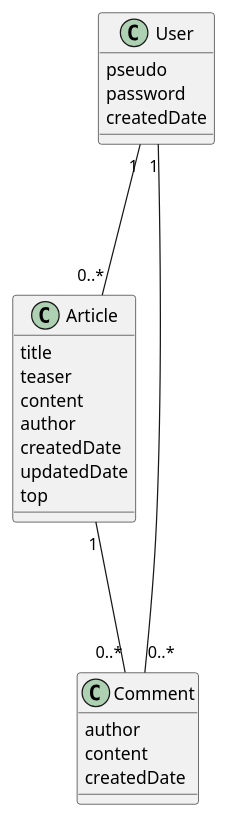
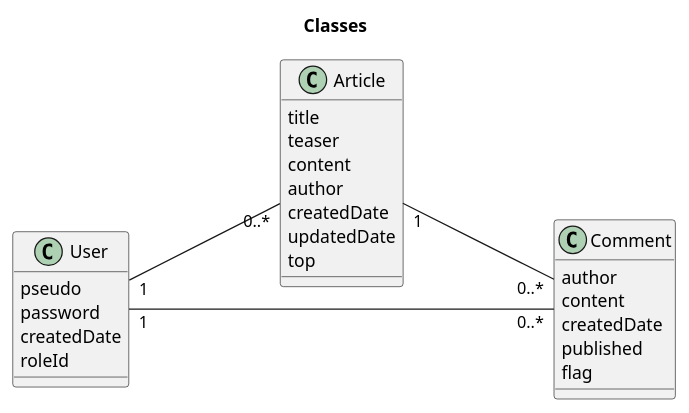
The diagram in diagrammes/src/UML.classes.plantuml (sjaulin/blog), drawn with PlantUML before and after one commit. The commit also changed 14 other files, not shown here.

Commit message:
Update UML diagrams

```diff
--- a/diagrammes/src/UML.classes.plantuml
+++ b/diagrammes/src/UML.classes.plantuml
@@ -1,28 +1,34 @@
 @startuml
+left to right direction
+title Classes
+
 class User {
   pseudo
   password
   createdDate
+  roleId
 }
 
 class Article {
     title 
     teaser 
     content 
     author 
     createdDate 
     updatedDate 
     top
 }
 
 class Comment {
     author
     content
     createdDate
+    published
+    flag
 }
 
 User "1" --- "0..*" Article
 User "1" --- "0..*" Comment
 Article "1" --- "0..*" Comment
 
 @enduml
```
